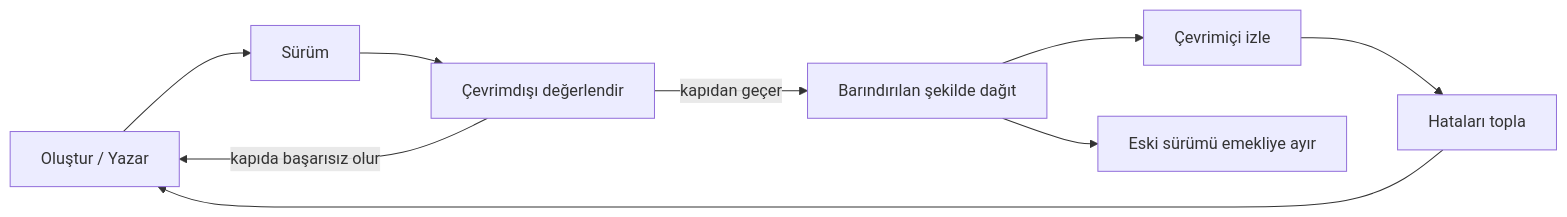
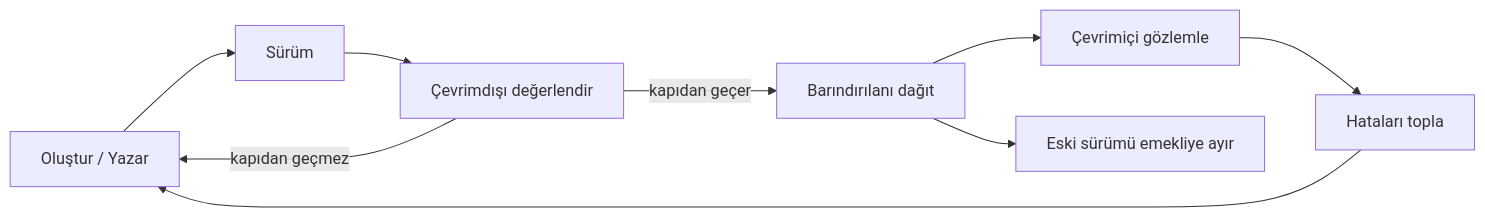
One commit to gabrielmoreira/agent-skills-mirror changed the second of 4 diagrams in mirrors/repos/microsoft@ai-agents-for-beginners/translations/tr/16-deploying-scalable-agents/README.md. Above: the diagram before and after it, drawn with Mermaid. The commit also changed other lines of this file and 4262 other files, not shown here.

````diff
--- a/mirrors/repos/microsoft@ai-agents-for-beginners/translations/tr/16-deploying-scalable-agents/README.md
+++ b/mirrors/repos/microsoft@ai-agents-for-beginners/translations/tr/16-deploying-scalable-agents/README.md
@@ -108,11 +108,11 @@
 ```mermaid
 flowchart LR
     Create[Oluştur / Yazar] --> Version[Sürüm]
     Version --> Evaluate[Çevrimdışı değerlendir]
-    Evaluate -->|kapıdan geçer| Deploy[Barındırılan şekilde dağıt]
-    Evaluate -->|kapıda başarısız olur| Create
-    Deploy --> Observe[Çevrimiçi izle]
+    Evaluate -->|kapıdan geçer| Deploy[Barındırılanı dağıt]
+    Evaluate -->|kapıdan geçmez| Create
+    Deploy --> Observe[Çevrimiçi gözlemle]
     Observe --> Improve[Hataları topla]
     Improve --> Create
     Deploy --> Retire[Eski sürümü emekliye ayır]
 ```
````
